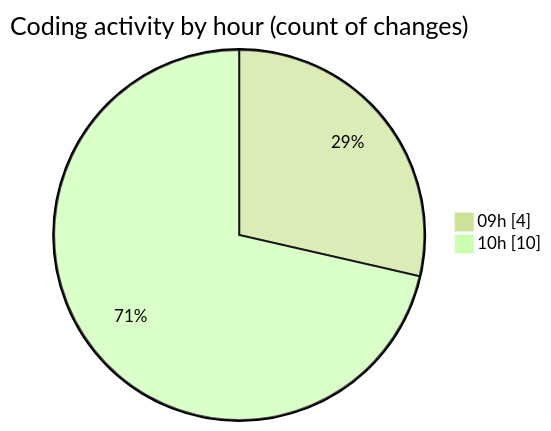
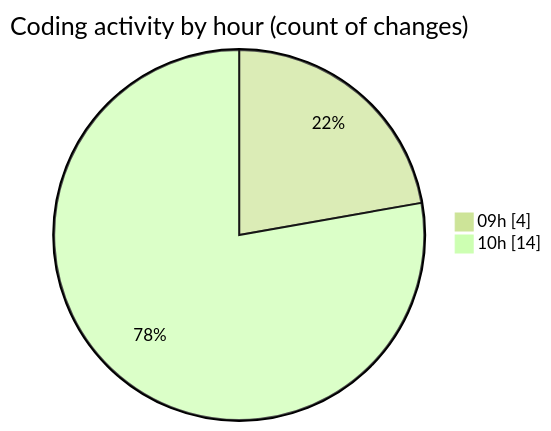
The second of 2 diagrams in 2025-05-06/niten/README.md (Elitesun/code-tracking), drawn with Mermaid (forest theme) before and after one commit. The commit also changed other lines of this file and 1 other file, not shown here.

````diff
--- a/2025-05-06/niten/README.md
+++ b/2025-05-06/niten/README.md
@@ -34,6 +34,6 @@
 ```mermaid
 pie showData
 title Coding activity by hour (count of changes)
 "09h" : 4
-"10h" : 10
+"10h" : 14
 ```
````
